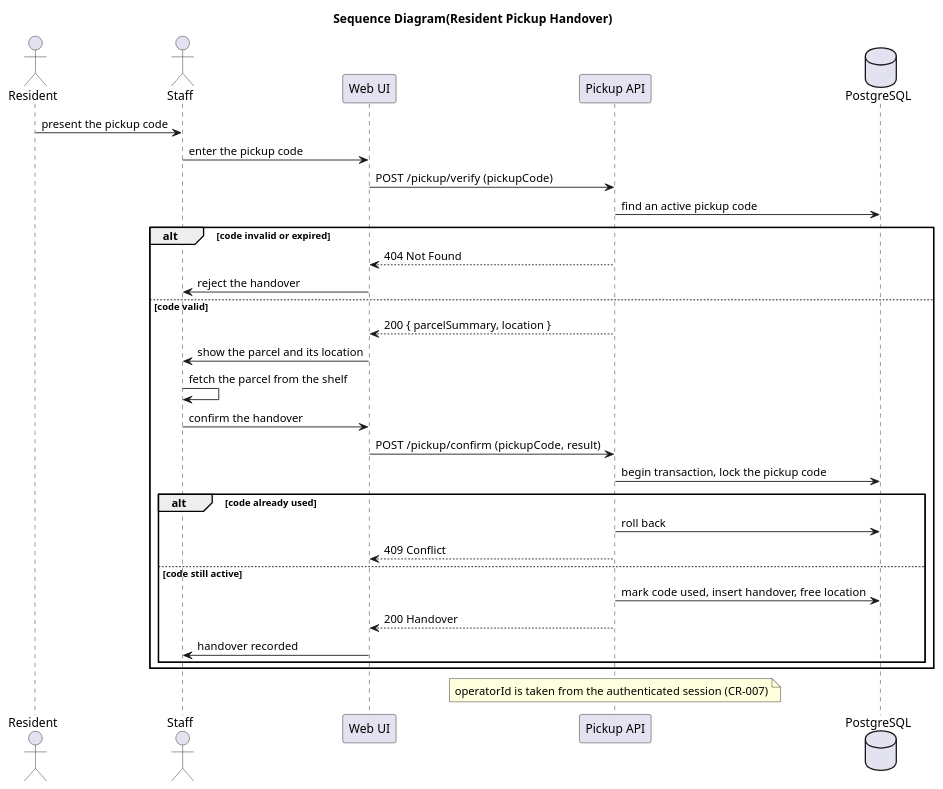
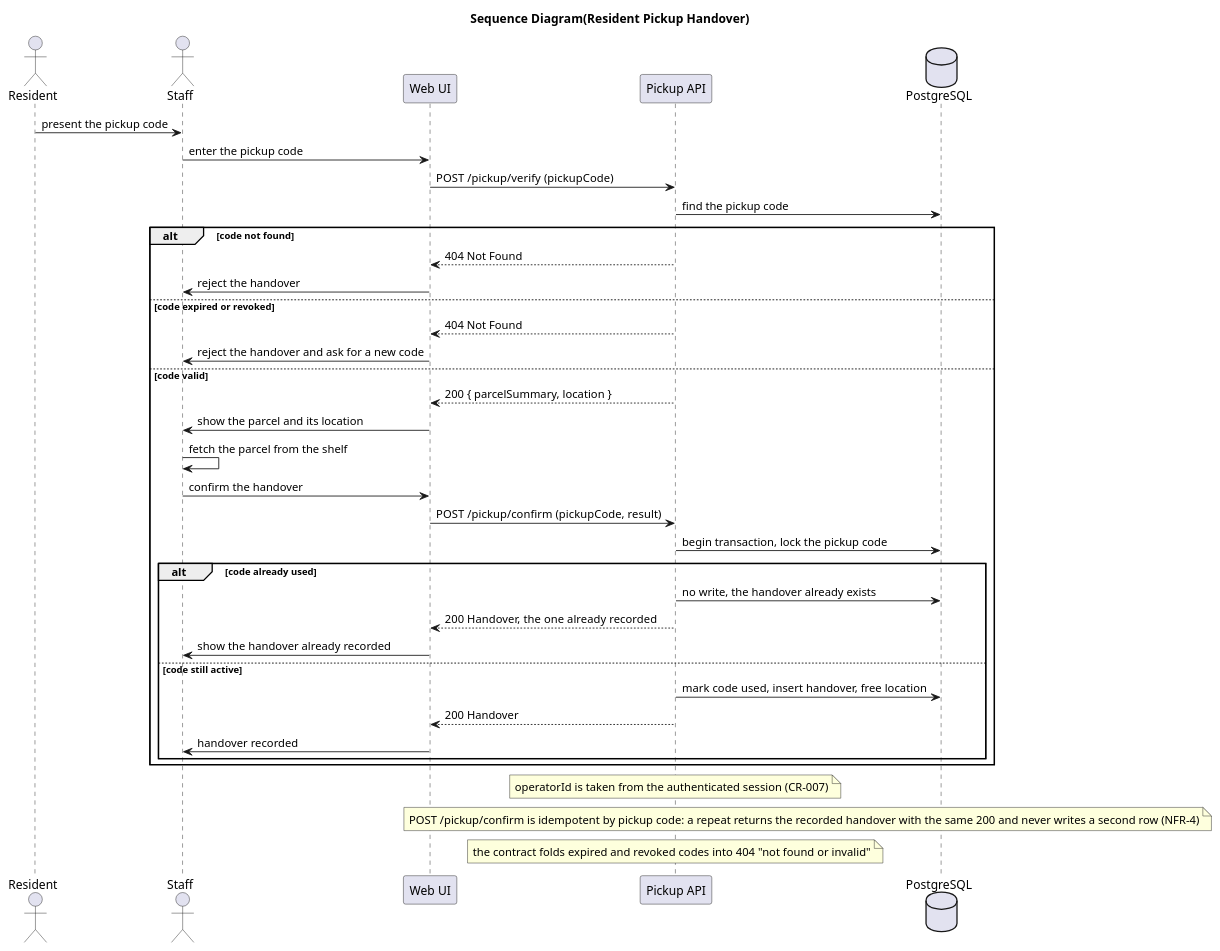
Before and after one commit to 123dvfj123/linyi-collection-point: the diagram in docs/02-design/uml/sequence-resident-pickup.puml, drawn with PlantUML. The commit also changed 1 other file, not shown here.

Commit message:
docs(design): make the handover models idempotent and end the fallback path [T-20-11]

```diff
--- a/docs/02-design/uml/sequence-resident-pickup.puml
+++ b/docs/02-design/uml/sequence-resident-pickup.puml
@@ -1,33 +1,39 @@
 @startuml sequence-resident-pickup
 title Sequence Diagram(Resident Pickup Handover)
 actor Resident
 actor Staff
 participant "Web UI" as UI
 participant "Pickup API" as API
 database "PostgreSQL" as SQL
 
 Resident -> Staff : present the pickup code
 Staff -> UI : enter the pickup code
 UI -> API : POST /pickup/verify  (pickupCode)
-API -> SQL : find an active pickup code
-alt code invalid or expired
+API -> SQL : find the pickup code
+alt code not found
   API --> UI : 404 Not Found
   UI -> Staff : reject the handover
+else code expired or revoked
+  API --> UI : 404 Not Found
+  UI -> Staff : reject the handover and ask for a new code
 else code valid
   API --> UI : 200 { parcelSummary, location }
   UI -> Staff : show the parcel and its location
   Staff -> Staff : fetch the parcel from the shelf
   Staff -> UI : confirm the handover
   UI -> API : POST /pickup/confirm  (pickupCode, result)
   API -> SQL : begin transaction, lock the pickup code
   alt code already used
-    API -> SQL : roll back
-    API --> UI : 409 Conflict
+    API -> SQL : no write, the handover already exists
+    API --> UI : 200 Handover, the one already recorded
+    UI -> Staff : show the handover already recorded
   else code still active
     API -> SQL : mark code used, insert handover, free location
     API --> UI : 200 Handover
     UI -> Staff : handover recorded
   end
 end
 note over API : operatorId is taken from the authenticated session (CR-007)
+note over API, SQL : POST /pickup/confirm is idempotent by pickup code: a repeat returns the recorded handover with the same 200 and never writes a second row (NFR-4)
+note over API : the contract folds expired and revoked codes into 404 "not found or invalid"
 @enduml
```
